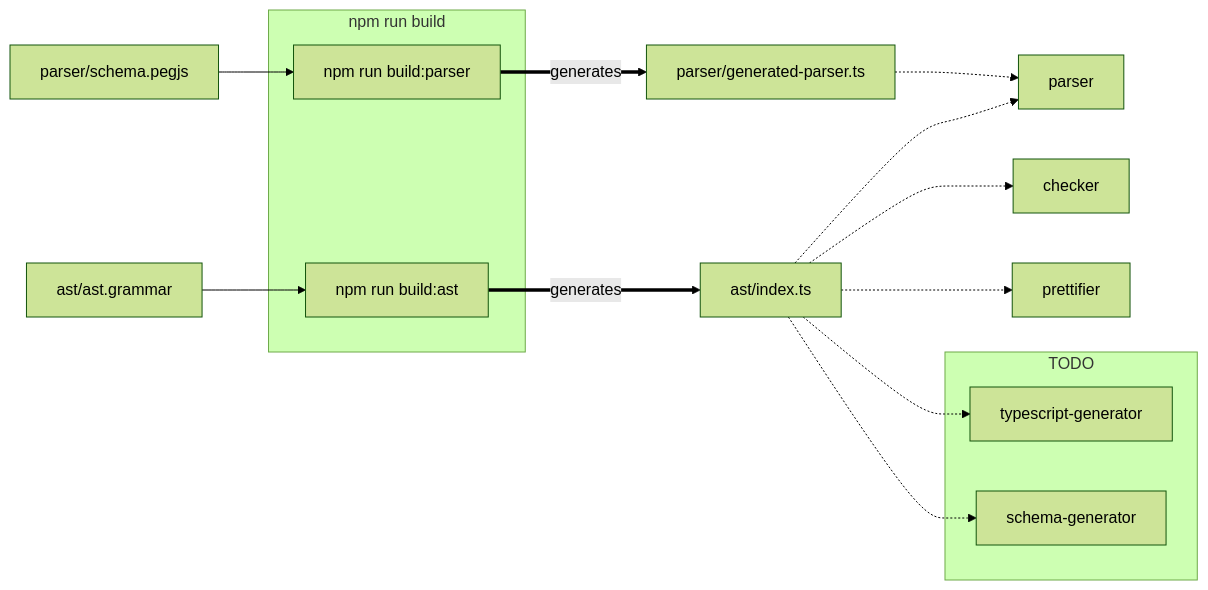
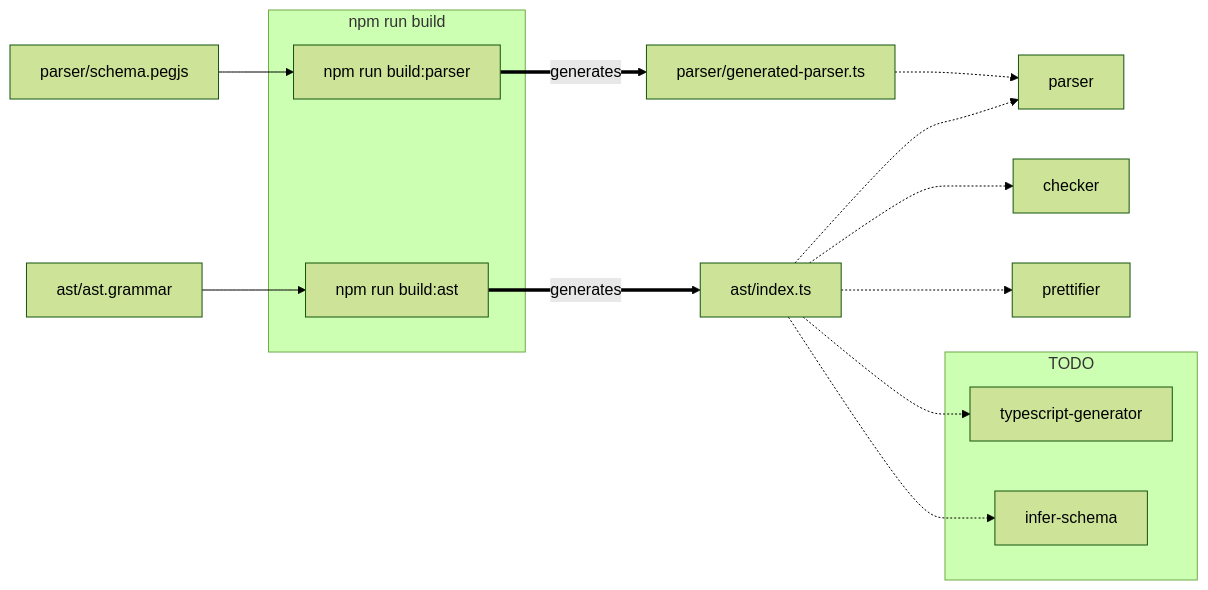
One commit to liveblocks/liveblocks changed the diagram in schema-lang/README.md. Above: the diagram before and after it, drawn with Mermaid (forest theme). The commit also changed 3 other files, not shown here.

````diff
--- a/schema-lang/README.md
+++ b/schema-lang/README.md
@@ -12,22 +12,22 @@
 ```mermaid
 flowchart LR
   subgraph npm run build
     build:ast
     build:parser
   end
 
   ast/ast.grammar --> build:ast[npm run build:ast] ==>|generates| ast/index.ts
   parser/schema.pegjs --> build:parser[npm run build:parser] ==>|generates| parser/generated-parser.ts
 
   parser/generated-parser.ts -.-> parser
   ast/index.ts -.-> parser
   ast/index.ts -.-> checker
   ast/index.ts -.-> prettifier
   ast/index.ts -.-> typescript-generator
-  ast/index.ts -.-> schema-generator
+  ast/index.ts -.-> infer-schema
 
   subgraph TODO
     typescript-generator
-    schema-generator
+    infer-schema
   end
 ```
````
